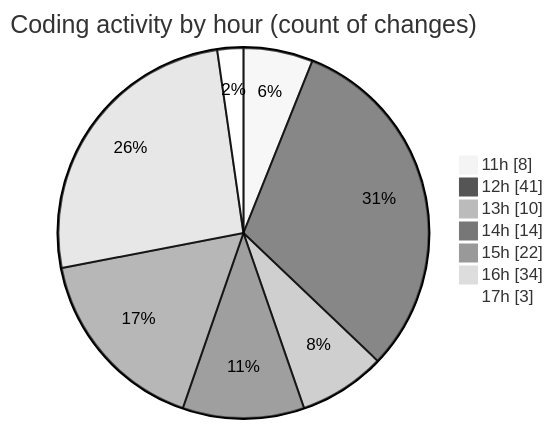
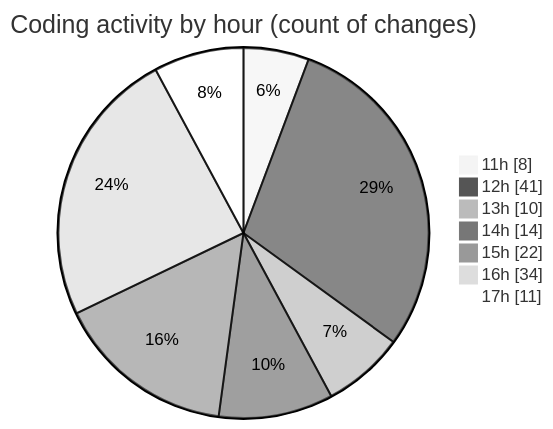
The second of 2 diagrams in 2025-05-04/project/README.md (BS-eng2023/code-tracking), drawn with Mermaid (neutral theme) before and after one commit. The commit also changed other lines of this file and 1 other file, not shown here.

````diff
--- a/2025-05-04/project/README.md
+++ b/2025-05-04/project/README.md
@@ -53,11 +53,11 @@
 ```mermaid
 pie showData
 title Coding activity by hour (count of changes)
 "11h" : 8
 "12h" : 41
 "13h" : 10
 "14h" : 14
 "15h" : 22
 "16h" : 34
-"17h" : 3
+"17h" : 11
 ```
````
